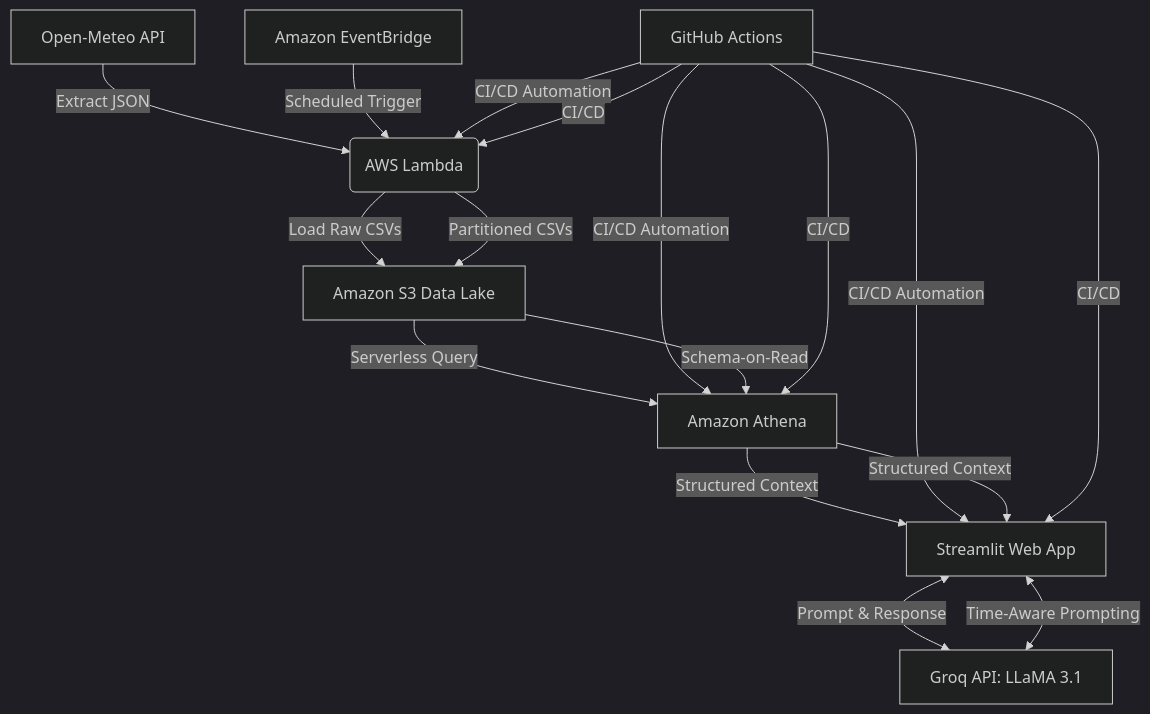
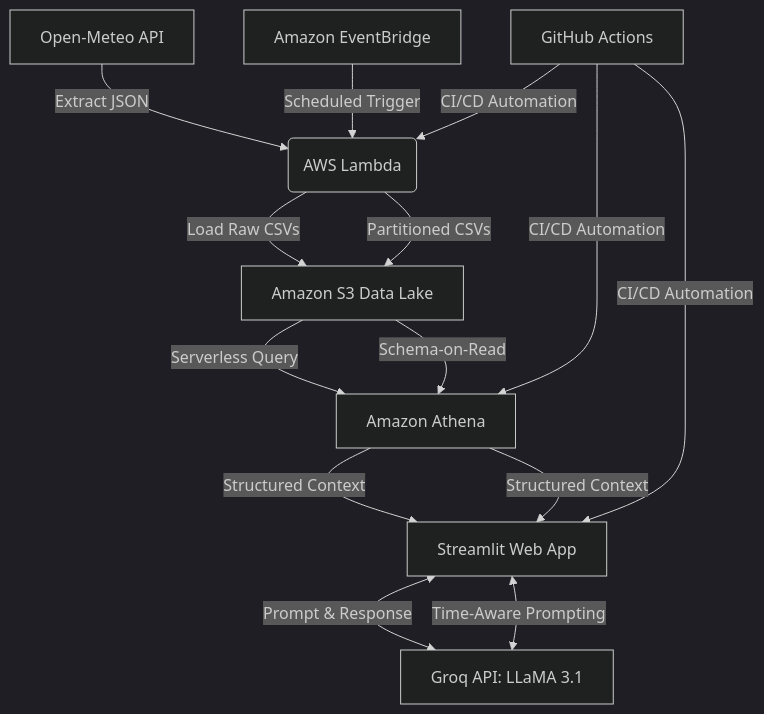
One commit to dineshkandoriabiz-stack/cloud-weather-project changed the diagram in README.md. Above: the diagram before and after it, drawn with Mermaid (dark theme). The commit also changed other lines of this file, not shown here.

````diff
--- a/README.md
+++ b/README.md
@@ -14,21 +11,17 @@
 ```mermaid
 graph TD
     %% Source to Ingestion
     A[Open-Meteo API] -->|Extract JSON| B(AWS Lambda)
     C[Amazon EventBridge] -->|Scheduled Trigger| B
     B -->|Load Raw CSVs| D[(Amazon S3 Data Lake)]
     D -->|Serverless Query| E(Amazon Athena)
     E -->|Structured Context| F[Streamlit Web App]
     F <-->|Prompt & Response| G((Groq API: LLaMA 3.1))
     H[GitHub Actions] -->|CI/CD Automation| B & E & F
     %% Storage and Processing
     B -->|Partitioned CSVs| D[Amazon S3 Data Lake]
     D -->|Schema-on-Read| E[Amazon Athena]
     %% Application Layer
     E -->|Structured Context| F[Streamlit Web App]
-    F <-->|Time-Aware Prompting| G[Groq API: LLaMA 3.1]
-    %% DevOps Flow (Explicit lines for better compatibility)
-    H[GitHub Actions] -->|CI/CD| B
-    H -->|CI/CD| E
-    H -->|CI/CD| F
+    F <-->|Time-Aware Prompting| G[Groq API: LLaMA 3.1]   
 ```
````
